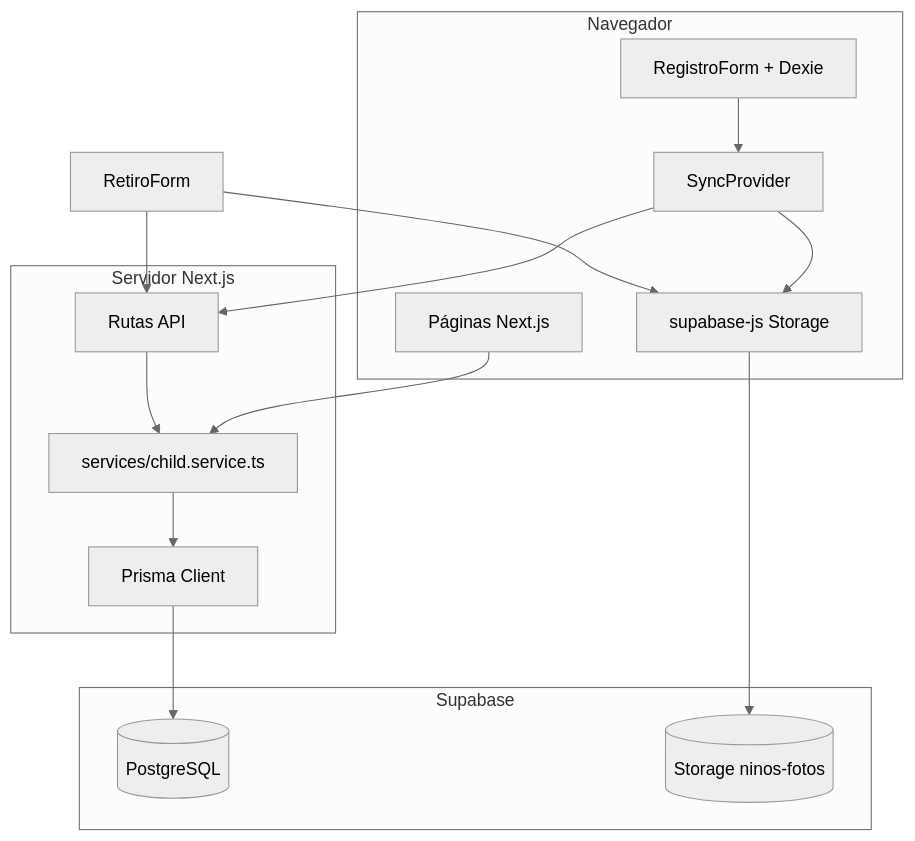
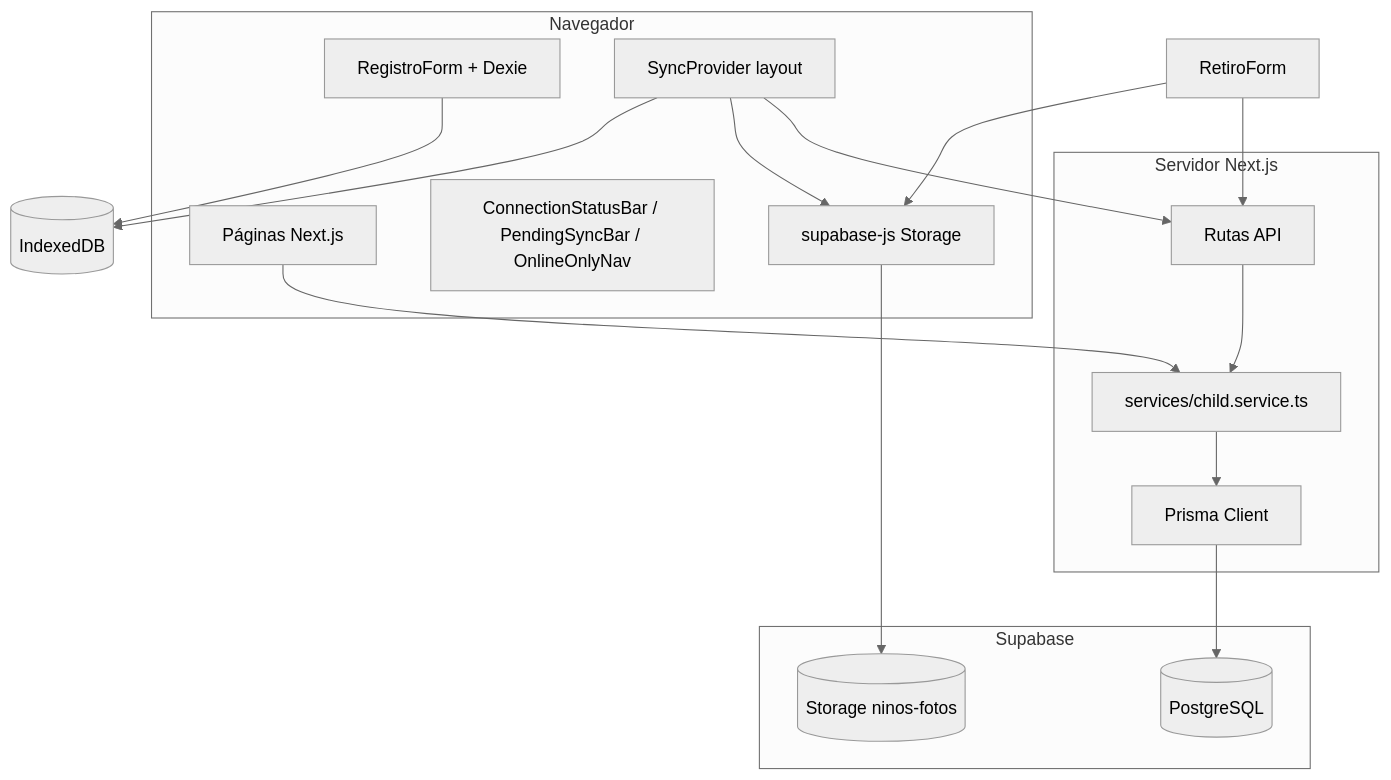
One commit to Acosta-Armando/ninos-a-salvo changed the diagram in docs/arquitectura.md. Above: the diagram before and after it, drawn with Mermaid (neutral theme). The commit also changed other lines of this file and 39 other files, not shown here.

````diff
--- a/docs/arquitectura.md
+++ b/docs/arquitectura.md
@@ -20,31 +20,33 @@
 ```mermaid
 flowchart TB
   subgraph browser [Navegador]
     Pages[Páginas Next.js]
     Registro[RegistroForm + Dexie]
-    Sync[SyncProvider]
+    Sync[SyncProvider layout]
+    OfflineUI[ConnectionStatusBar / PendingSyncBar / OnlineOnlyNav]
     StorageClient[supabase-js Storage]
   end
 
   subgraph next [Servidor Next.js]
     API[Rutas API]
     Services[services/child.service.ts]
     Prisma[Prisma Client]
   end
 
   subgraph supabase [Supabase]
     PG[(PostgreSQL)]
     Bucket[(Storage ninos-fotos)]
   end
 
   Pages --> Services
   API --> Services
   Services --> Prisma
   Prisma --> PG
-  Registro --> Sync
+  Registro --> Dexie[(IndexedDB)]
+  Sync --> Dexie
   Sync --> StorageClient
   Sync --> API
   StorageClient --> Bucket
   RetiroForm[RetiroForm] --> StorageClient
   RetiroForm --> API
 ```
````
